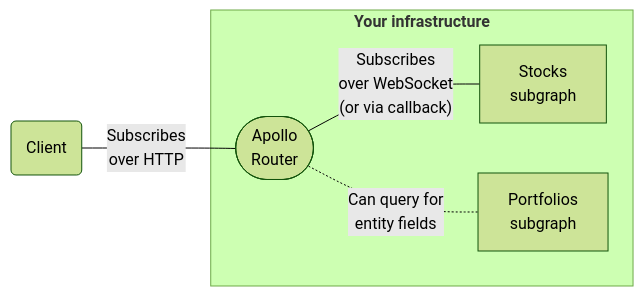
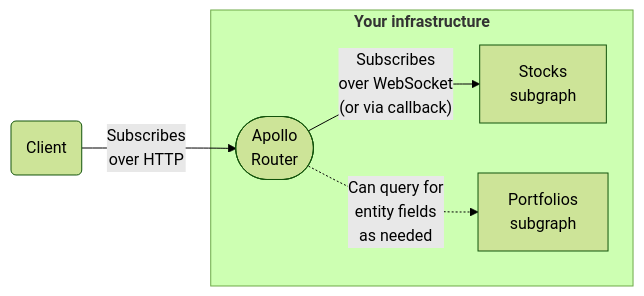
The second of 2 diagrams in docs/source/executing-operations/subscription-support.mdx (apollographql/router), drawn with Mermaid (forest theme) before and after one commit. The commit also changed other lines of this file and 4 other files, not shown here.

````diff
--- a/docs/source/executing-operations/subscription-support.mdx
+++ b/docs/source/executing-operations/subscription-support.mdx
@@ -40,13 +48,13 @@
 ```mermaid
 flowchart LR;
   client(Client);
   subgraph "<b>Your infrastructure</b>";
   router(["Apollo<br/>Router"]);
   subgraphA[Stocks<br/>subgraph];
   subgraphB[Portfolios<br/>subgraph];
-  router---|"Subscribes<br/>over WebSocket<br/>(or via callback)"|subgraphA;
-  router-.-|Can query for<br/>entity fields|subgraphB;
+  router-->|"Subscribes<br/>over WebSocket<br/>(or via callback)"|subgraphA;
+  router-.->|Can query for<br/>entity fields<br/>as needed|subgraphB;
   end;
-  client---|Subscribes<br/>over HTTP|router;
+  client-->|Subscribes<br/>over HTTP|router;
   class client secondary;
 ```
````
